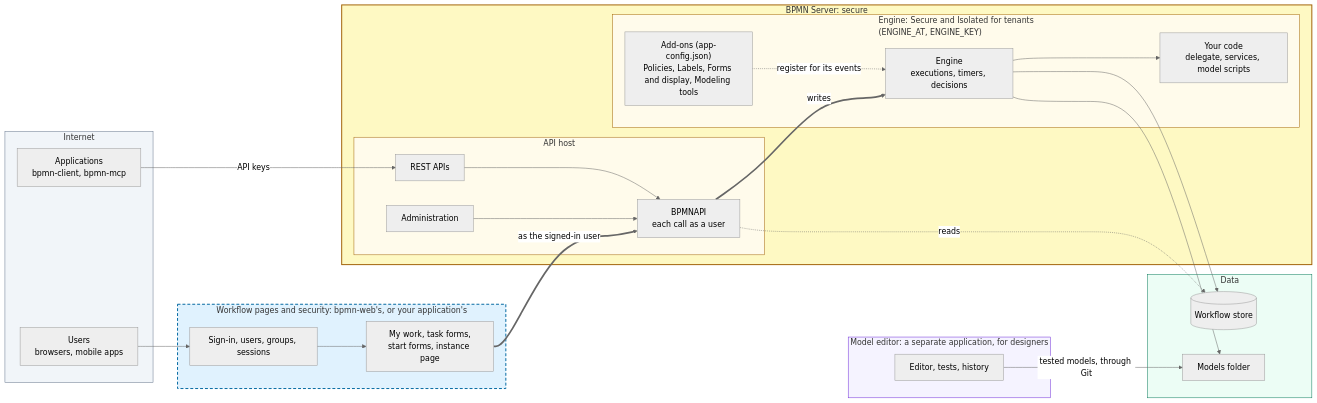
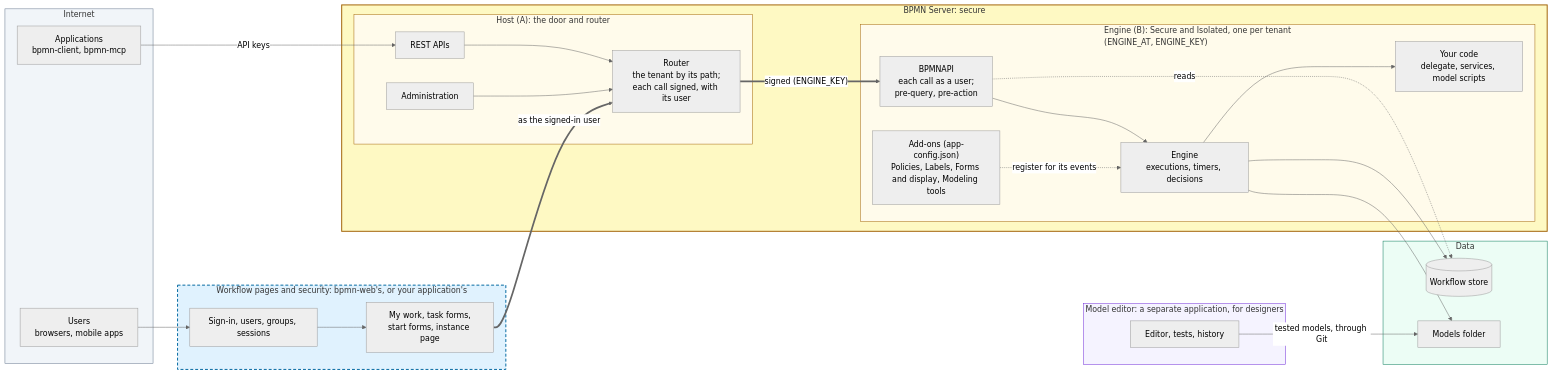
One commit to bpmnServer/bpmn-server changed the first of 4 diagrams in docs/docs/architecture.md. Above: the diagram before and after it, drawn with Mermaid (neutral theme). The commit also changed other lines of this file and 11 other files, not shown here.

First line of the commit message:
Policies off hides its pages; the architecture with the API in B

````diff
--- a/docs/docs/architecture.md
+++ b/docs/docs/architecture.md
@@ -51,61 +72,63 @@
 ```mermaid
 flowchart LR
   subgraph Internet["Internet"]
     People["Users<br/>browsers, mobile apps"]
     Others["Applications<br/>bpmn-client, bpmn-mcp"]
   end
 
   subgraph UIZone["Workflow pages and security: bpmn-web's, or your application's"]
     Sec["Sign-in, users, groups, sessions"]
     Pages["My work, task forms,<br/>start forms, instance page"]
     Sec --> Pages
   end
 
   subgraph Core["BPMN Server: secure"]
-    subgraph HostZone["API host"]
+    subgraph HostZone["Host (A): the door and router"]
       REST["REST APIs"]
       Admin["Administration"]
-      API["BPMNAPI<br/>each call as a user"]
-      REST --> API
-      Admin --> API
+      Router["Router<br/>the tenant by its path;<br/>each call signed, with its user"]
+      REST --> Router
+      Admin --> Router
     end
-    subgraph EngineZone["Engine: Secure and Isolated for tenants <br/>(ENGINE_AT, ENGINE_KEY)"]
+    subgraph EngineZone["Engine (B): Secure and Isolated, one per tenant <br/>(ENGINE_AT, ENGINE_KEY)"]
+      API["BPMNAPI<br/>each call as a user;<br/>pre-query, pre-action"]
       Engine["Engine<br/>executions, timers, decisions"]
       Code["Your code<br/>delegate, services, model scripts"]
       AddOns["Add-ons (app-config.json)<br/>Policies, Labels, Forms and display, Modeling tools"]
+      API --> Engine
       Engine --> Code
       AddOns -. "register for its events" .-> Engine
     end
   end
 
   subgraph DataZone["Data"]
     Store[("Workflow store")]
     Models["Models folder"]
   end
 
   subgraph EditorZone["Model editor: a separate application, for designers"]
     Editor["Editor, tests, history"]
   end
 
   People --> Sec
   Others -- "API keys" --> REST
-  Pages == "as the signed-in user" ==> API
-  API == "writes" ==> Engine
+  Pages == "as the signed-in user" ==> Router
+  Router == "signed (ENGINE_KEY)" ==> API
   API -. "reads" .-> Store
   Engine --> Store
   Engine --> Models
   Editor -- "tested models, through Git" --> Models
 
   classDef outside fill:#f1f5f9,stroke:#64748b,stroke-width:1px
   classDef replace fill:#e0f2fe,stroke:#0369a1,stroke-width:2px,stroke-dasharray:6 4
   classDef private fill:#fef9c3,stroke:#a16207,stroke-width:2px
   classDef inner fill:#fffbeb,stroke:#a16207,stroke-width:1px
   classDef data fill:#ecfdf5,stroke:#047857,stroke-width:1px
   classDef design fill:#f5f3ff,stroke:#6d28d9,stroke-width:1px
   class Internet outside
   class UIZone replace
   class Core private
   class HostZone,EngineZone inner
   class DataZone data
   class EditorZone design
 ```
````
